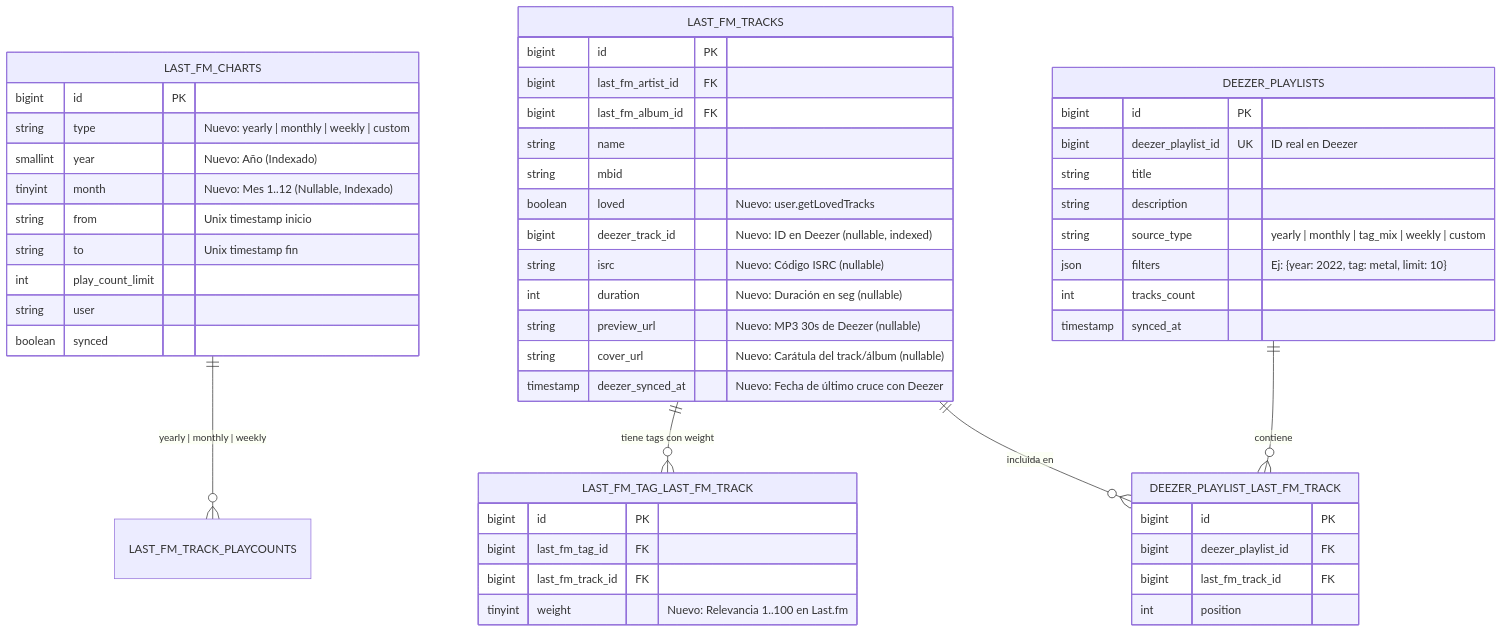
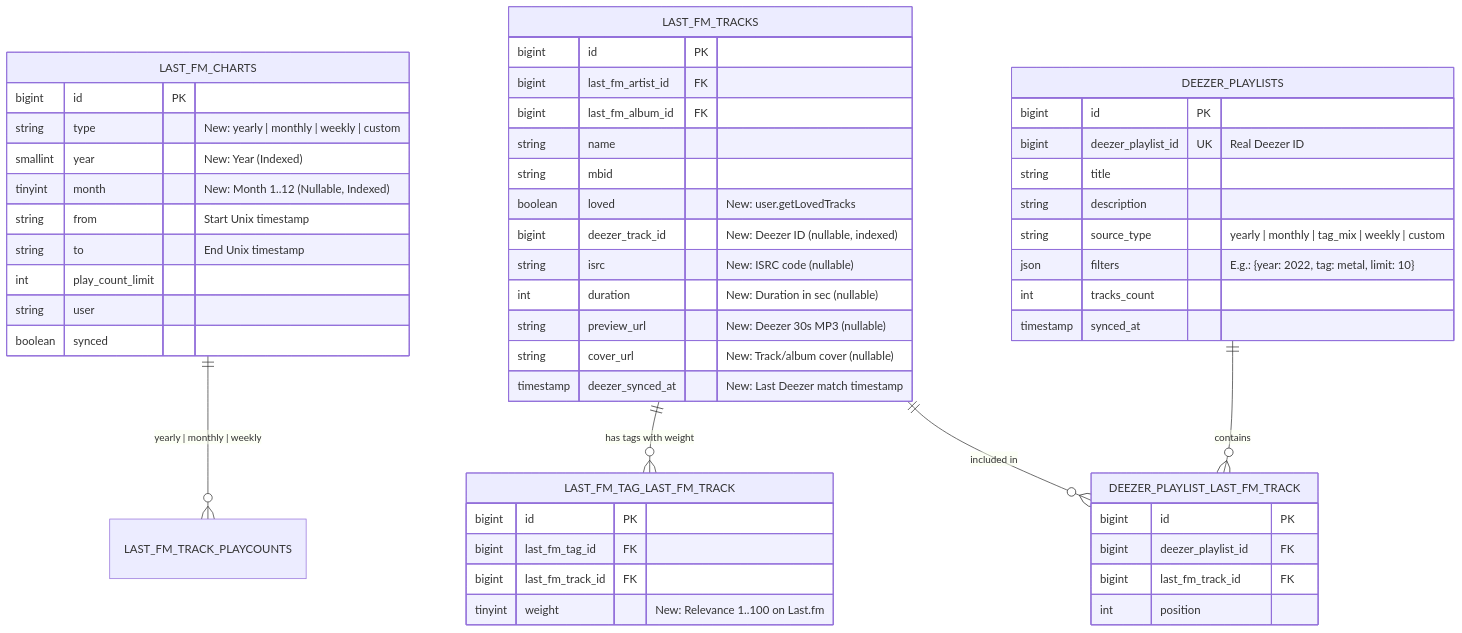
One commit to dfelipegaitanh/lastfm_v3 changed the third of 4 diagrams in README.md. Above: the diagram before and after it, drawn with Mermaid. The commit also changed other lines of this file, not shown here.

````diff
--- a/README.md
+++ b/README.md
@@ -413,59 +413,59 @@
 ```mermaid
 erDiagram
     LAST_FM_CHARTS ||--o{ LAST_FM_TRACK_PLAYCOUNTS : "yearly | monthly | weekly"
-    LAST_FM_TRACKS ||--o{ LAST_FM_TAG_LAST_FM_TRACK : "tiene tags con weight"
-    LAST_FM_TRACKS ||--o{ DEEZER_PLAYLIST_LAST_FM_TRACK : "incluida en"
-    DEEZER_PLAYLISTS ||--o{ DEEZER_PLAYLIST_LAST_FM_TRACK : "contiene"
+    LAST_FM_TRACKS ||--o{ LAST_FM_TAG_LAST_FM_TRACK : "has tags with weight"
+    LAST_FM_TRACKS ||--o{ DEEZER_PLAYLIST_LAST_FM_TRACK : "included in"
+    DEEZER_PLAYLISTS ||--o{ DEEZER_PLAYLIST_LAST_FM_TRACK : "contains"
 
     LAST_FM_CHARTS {
         bigint id PK
-        string type "Nuevo: yearly | monthly | weekly | custom"
-        smallint year "Nuevo: Año (Indexado)"
-        tinyint month "Nuevo: Mes 1..12 (Nullable, Indexado)"
-        string from "Unix timestamp inicio"
-        string to "Unix timestamp fin"
+        string type "New: yearly | monthly | weekly | custom"
+        smallint year "New: Year (Indexed)"
+        tinyint month "New: Month 1..12 (Nullable, Indexed)"
+        string from "Start Unix timestamp"
+        string to "End Unix timestamp"
         int play_count_limit
         string user
         boolean synced
     }
 
     LAST_FM_TAG_LAST_FM_TRACK {
         bigint id PK
         bigint last_fm_tag_id FK
         bigint last_fm_track_id FK
-        tinyint weight "Nuevo: Relevancia 1..100 en Last.fm"
+        tinyint weight "New: Relevance 1..100 on Last.fm"
     }
 
     LAST_FM_TRACKS {
         bigint id PK
         bigint last_fm_artist_id FK
         bigint last_fm_album_id FK
         string name
         string mbid
-        boolean loved "Nuevo: user.getLovedTracks"
-        bigint deezer_track_id "Nuevo: ID en Deezer (nullable, indexed)"
-        string isrc "Nuevo: Código ISRC (nullable)"
-        int duration "Nuevo: Duración en seg (nullable)"
-        string preview_url "Nuevo: MP3 30s de Deezer (nullable)"
-        string cover_url "Nuevo: Carátula del track/álbum (nullable)"
-        timestamp deezer_synced_at "Nuevo: Fecha de último cruce con Deezer"
+        boolean loved "New: user.getLovedTracks"
+        bigint deezer_track_id "New: Deezer ID (nullable, indexed)"
+        string isrc "New: ISRC code (nullable)"
+        int duration "New: Duration in sec (nullable)"
+        string preview_url "New: Deezer 30s MP3 (nullable)"
+        string cover_url "New: Track/album cover (nullable)"
+        timestamp deezer_synced_at "New: Last Deezer match timestamp"
     }
 
     DEEZER_PLAYLISTS {
         bigint id PK
-        bigint deezer_playlist_id UK "ID real en Deezer"
+        bigint deezer_playlist_id UK "Real Deezer ID"
         string title
         string description
         string source_type "yearly | monthly | tag_mix | weekly | custom"
-        json filters "Ej: {year: 2022, tag: metal, limit: 10}"
+        json filters "E.g.: {year: 2022, tag: metal, limit: 10}"
         int tracks_count
         timestamp synced_at
     }
 
     DEEZER_PLAYLIST_LAST_FM_TRACK {
         bigint id PK
         bigint deezer_playlist_id FK
         bigint last_fm_track_id FK
         int position
     }
 ```
````
